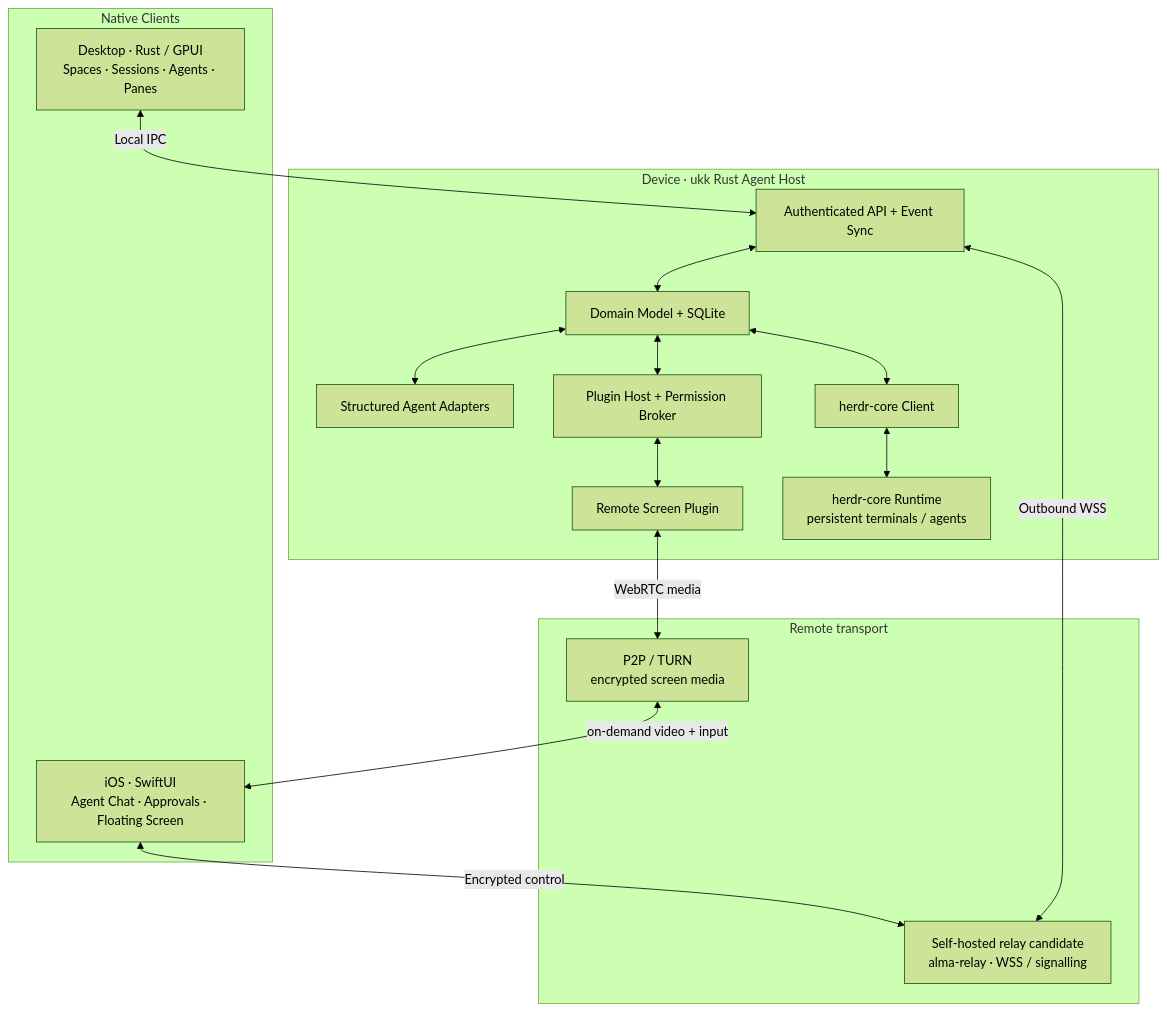
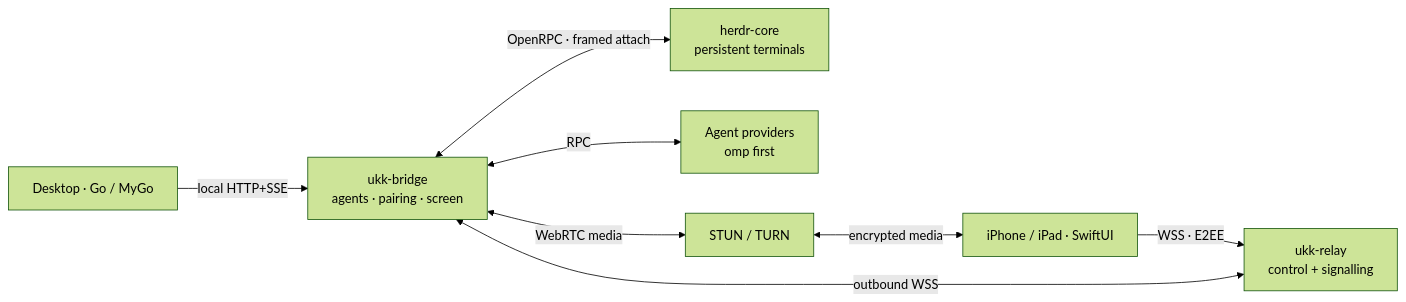
Before and after one commit to suj1e/ukk: the diagram in README.md, drawn with Mermaid (forest theme). The commit also changed other lines of this file and 481 other files, not shown here.

First line of the commit message:
feat: native Go/MyGo desktop with herdr-core, relay and SwiftUI companion (#58)

````diff
--- a/README.md
+++ b/README.md
@@ -14,31 +38,10 @@
 ```mermaid
-flowchart TB
-  subgraph Native["Native Clients"]
-    GP["Desktop · Rust / GPUI<br/>Spaces · Sessions · Agents · Panes"]
-    IO["iOS · SwiftUI<br/>Agent Chat · Approvals · Floating Screen"]
-  end
-  subgraph Network["Remote transport"]
-    REL["Self-hosted relay candidate<br/>alma-relay · WSS / signalling"]
-    TURN["P2P / TURN<br/>encrypted screen media"]
-  end
-  subgraph Host["Device · ukk Rust Agent Host"]
-    API["Authenticated API + Event Sync"]
-    MODEL["Domain Model + SQLite"]
-    ADAPT["Structured Agent Adapters"]
-    HC["herdr-core Client"]
-    PLUG["Plugin Host + Permission Broker"]
-    SCREEN["Remote Screen Plugin"]
-    HCR["herdr-core Runtime<br/>persistent terminals / agents"]
-    API <--> MODEL
-    MODEL <--> ADAPT
-    MODEL <--> HC
-    HC <--> HCR
-    MODEL <--> PLUG
-    PLUG <--> SCREEN
-  end
-  GP <-->|Local IPC| API
-  IO <-->|Encrypted control| REL
-  REL <-->|Outbound WSS| API
-  SCREEN <-->|WebRTC media| TURN
-  TURN <-->|on-demand video + input| IO
+flowchart LR
+  D["Desktop · Go / MyGo"] -->|local HTTP+SSE| B["ukk-bridge<br/>agents · pairing · screen"]
+  I["iPhone / iPad · SwiftUI"] -->|WSS · E2EE| R["ukk-relay<br/>control + signalling"]
+  R <-->|outbound WSS| B
+  B <-->|OpenRPC · framed attach| H["herdr-core<br/>persistent terminals"]
+  B <-->|RPC| A["Agent providers<br/>omp first"]
+  B <-->|WebRTC media| T["STUN / TURN"]
+  T <-->|encrypted media| I
 ```
````
